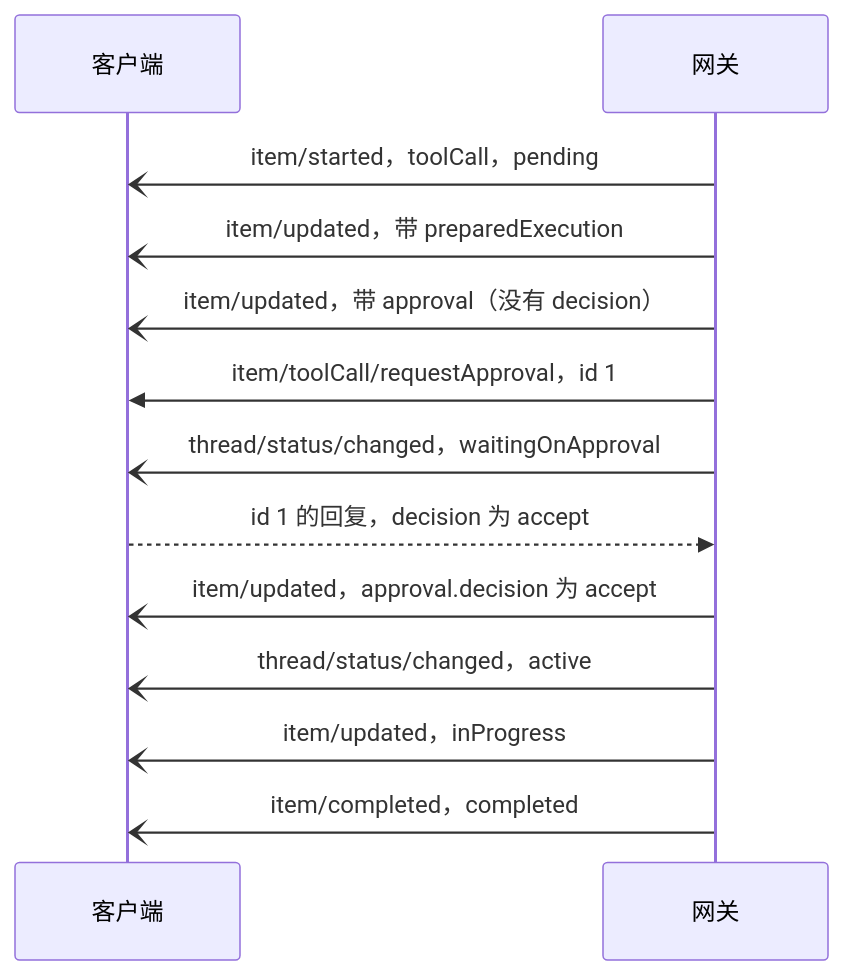
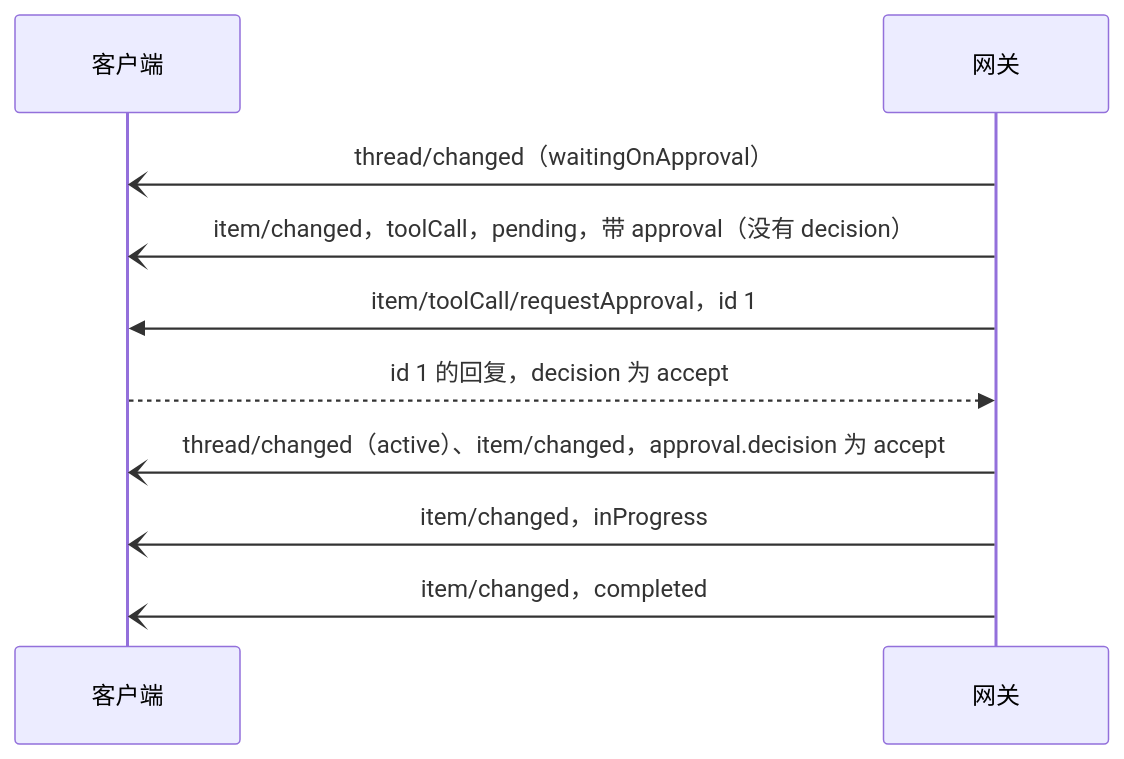
One commit to 0xfakeSpike/ollupi-docs changed the first of 2 diagrams in docs/zh/integrate/protocol/approvals.md. Above: the diagram before and after it, drawn with Mermaid. The commit also changed other lines of this file and 86 other files, not shown here.

````diff
--- a/docs/zh/integrate/protocol/approvals.md
+++ b/docs/zh/integrate/protocol/approvals.md
@@ -32,15 +32,12 @@
 ```mermaid
 sequenceDiagram
     participant C as 客户端
     participant G as 网关
-    G-)C: item/started，toolCall，pending
-    G-)C: item/updated，带 preparedExecution
-    G-)C: item/updated，带 approval（没有 decision）
+    G-)C: thread/changed（waitingOnApproval）
+    G-)C: item/changed，toolCall，pending，带 approval（没有 decision）
     G->>C: item/toolCall/requestApproval，id 1
-    G-)C: thread/status/changed，waitingOnApproval
     C-->>G: id 1 的回复，decision 为 accept
-    G-)C: item/updated，approval.decision 为 accept
-    G-)C: thread/status/changed，active
-    G-)C: item/updated，inProgress
-    G-)C: item/completed，completed
+    G-)C: thread/changed（active）、item/changed，approval.decision 为 accept
+    G-)C: item/changed，inProgress
+    G-)C: item/changed，completed
 ```
````
